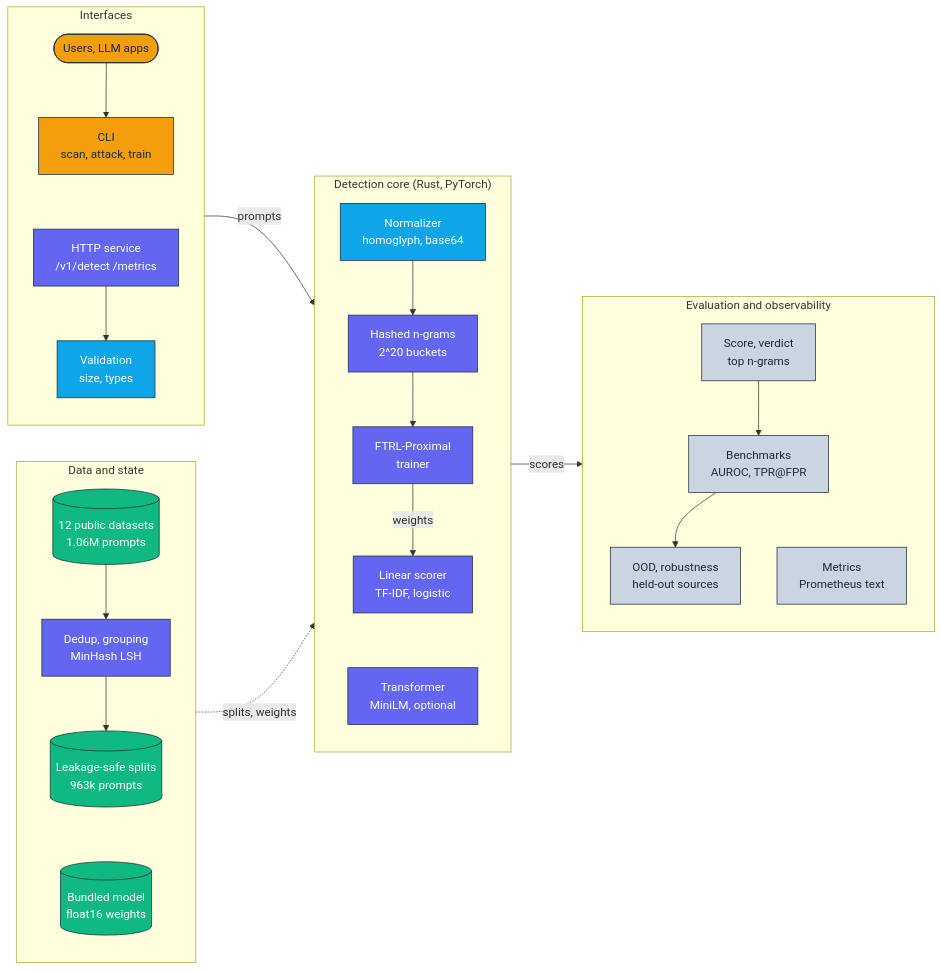
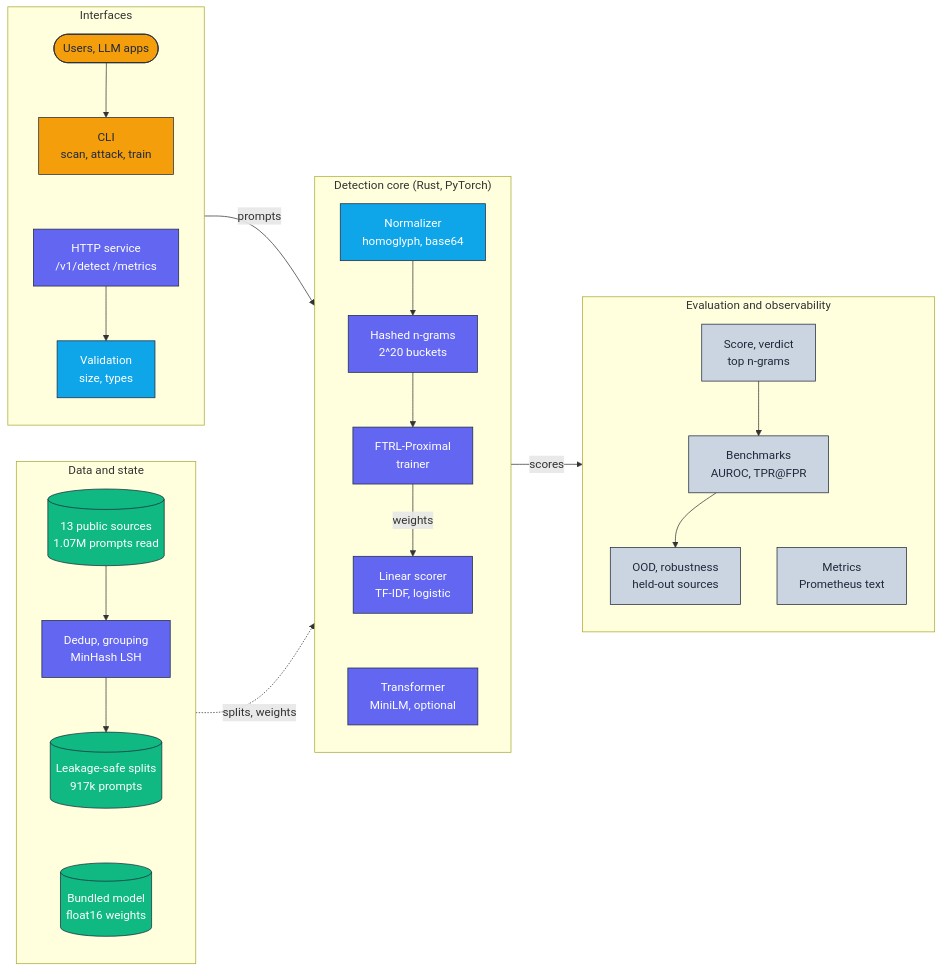
One commit to adeoluo/prompt-injection-detector changed the diagram in docs/architecture/architecture.mmd. Above: the diagram before and after it, drawn with Mermaid. The commit also changed 21 other files, not shown here.

```diff
--- a/docs/architecture/architecture.mmd
+++ b/docs/architecture/architecture.mmd
@@ -1,48 +1,48 @@
 flowchart LR
     classDef edge     fill:#F59E0B,stroke:#1E293B,color:#1E293B,stroke-width:1px;
     classDef core     fill:#6366F1,stroke:#1E293B,color:#ffffff,stroke-width:1px;
     classDef data     fill:#10B981,stroke:#1E293B,color:#ffffff,stroke-width:1px;
     classDef control  fill:#0EA5E9,stroke:#1E293B,color:#ffffff,stroke-width:1px;
     classDef obs      fill:#CBD5E1,stroke:#1E293B,color:#1E293B,stroke-width:1px;
 
     subgraph Interfaces["Interfaces"]
         direction TB
         Users([Users, LLM apps]):::edge
         CLI["CLI<br/>scan, attack, train"]:::edge
         Service["HTTP service<br/>/v1/detect /metrics"]:::core
         Validate["Validation<br/>size, types"]:::control
         Users --> CLI ~~~ Service --> Validate
     end
 
     subgraph State["Data and state"]
         direction TB
-        Sources[("12 public datasets<br/>1.06M prompts")]:::data
+        Sources[("13 public sources<br/>1.07M prompts read")]:::data
         Dedup["Dedup, grouping<br/>MinHash LSH"]:::core
-        Splits[("Leakage-safe splits<br/>963k prompts")]:::data
+        Splits[("Leakage-safe splits<br/>917k prompts")]:::data
         Model[("Bundled model<br/>float16 weights")]:::data
         Sources --> Dedup --> Splits ~~~ Model
     end
 
     subgraph Core["Detection core (Rust, PyTorch)"]
         direction TB
         Normalize["Normalizer<br/>homoglyph, base64"]:::control
         Features["Hashed n-grams<br/>2^20 buckets"]:::core
         Trainer["FTRL-Proximal<br/>trainer"]:::core
         Scorer["Linear scorer<br/>TF-IDF, logistic"]:::core
         Transformer["Transformer<br/>MiniLM, optional"]:::core
         Normalize --> Features --> Trainer -->|weights| Scorer ~~~ Transformer
     end
 
     subgraph Obs["Evaluation and observability"]
         direction TB
         Verdict["Score, verdict<br/>top n-grams"]:::obs
         Bench["Benchmarks<br/>AUROC, TPR@FPR"]:::obs
         Robust["OOD, robustness<br/>held-out sources"]:::obs
         Metrics["Metrics<br/>Prometheus text"]:::obs
         Verdict --> Bench --> Robust
         Bench ~~~ Metrics
     end
 
     Interfaces -->|prompts| Core
     State -.->|splits, weights| Core
     Core -->|scores| Obs
```
